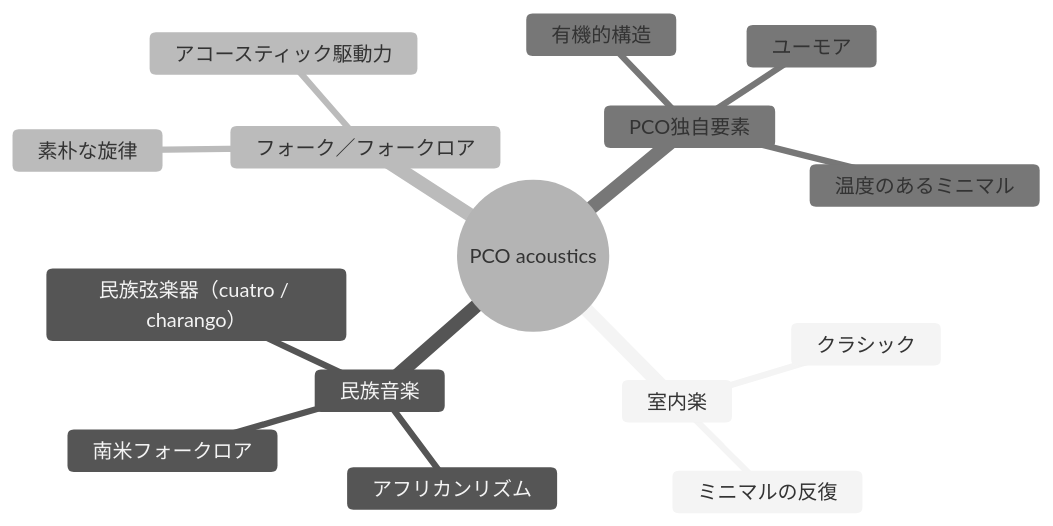
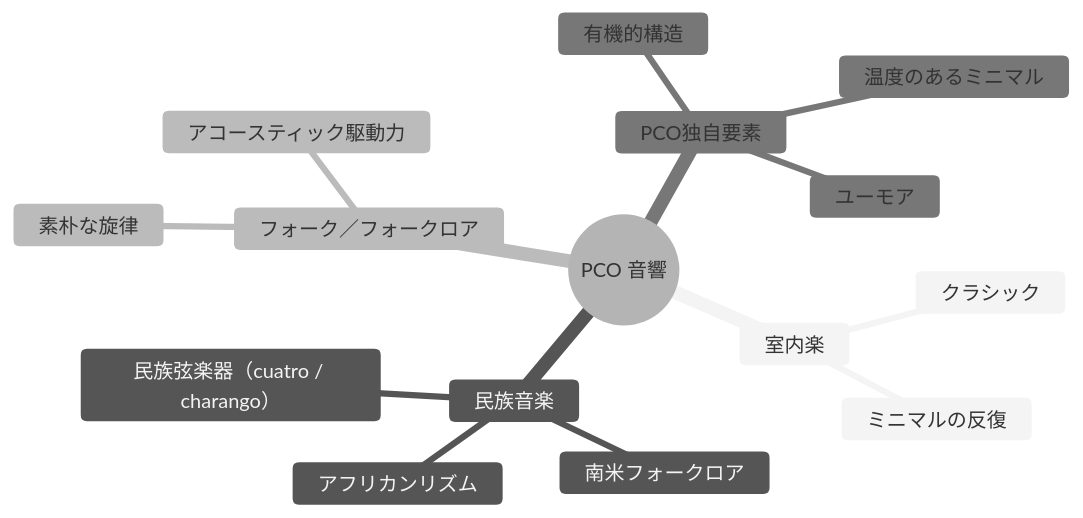
One commit to monumental-movement/monumental-movement.github.io changed the second of 3 diagrams in en/_posts/2025-11-19-column-penguin-cafe-orchestra.md. Above: the diagram before and after it, drawn with Mermaid (neutral theme). The commit also changed other lines of this file and 2196 other files, not shown here.

```diff
--- a/en/_posts/2025-11-19-column-penguin-cafe-orchestra.md
+++ b/en/_posts/2025-11-19-column-penguin-cafe-orchestra.md
@@ -239,20 +238,20 @@
 <div class="mermaid">
 
 mindmap
-  root((PCO acoustics))
+  root((PCO 音響))
     室内楽
       クラシック
       ミニマルの反復
     民族音楽
       アフリカンリズム
       南米フォークロア
       民族弦楽器（cuatro / charango）
     フォーク／フォークロア
       素朴な旋律
       アコースティック駆動力
     PCO独自要素
       有機的構造
       温度のあるミニマル
       ユーモア
 
 </div>
```
